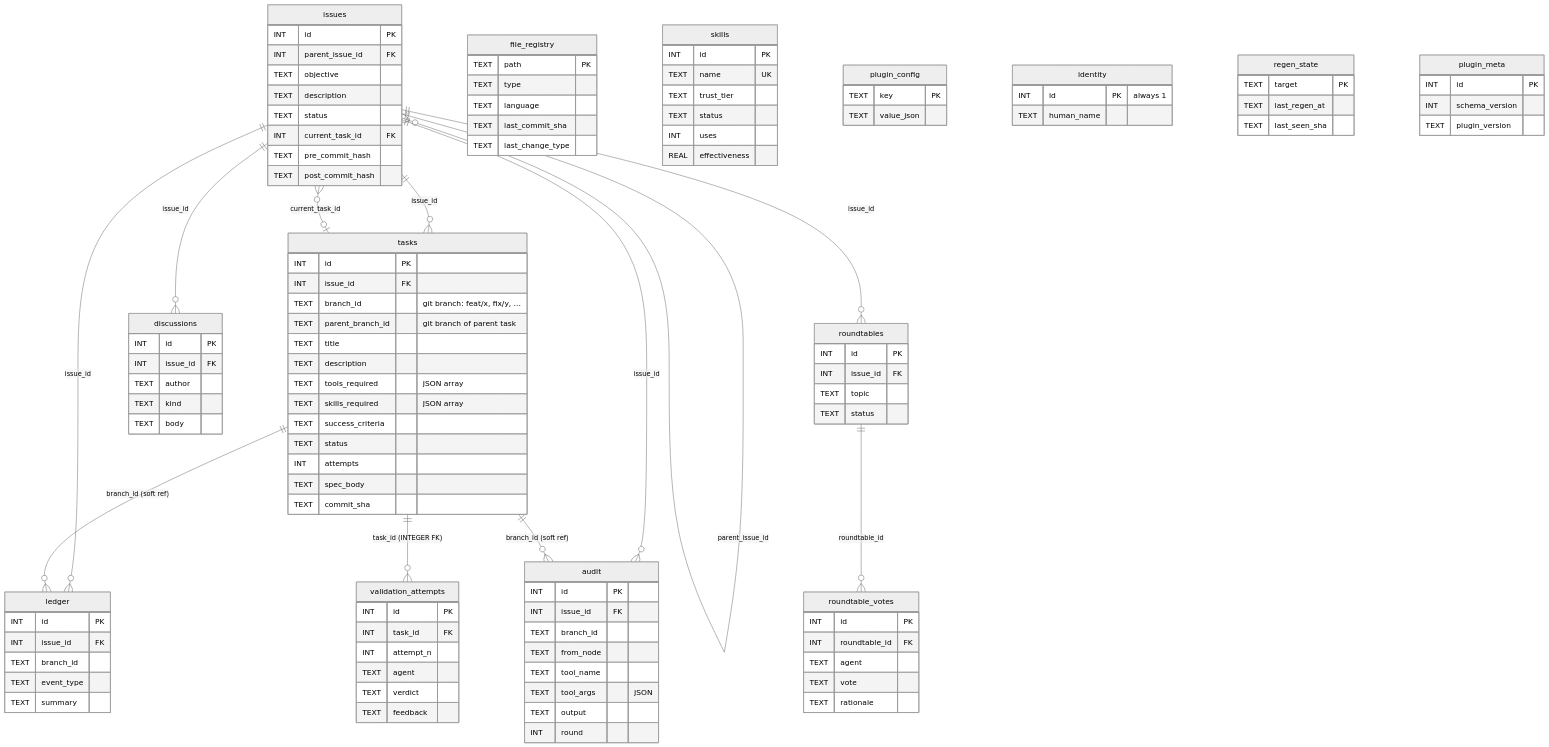
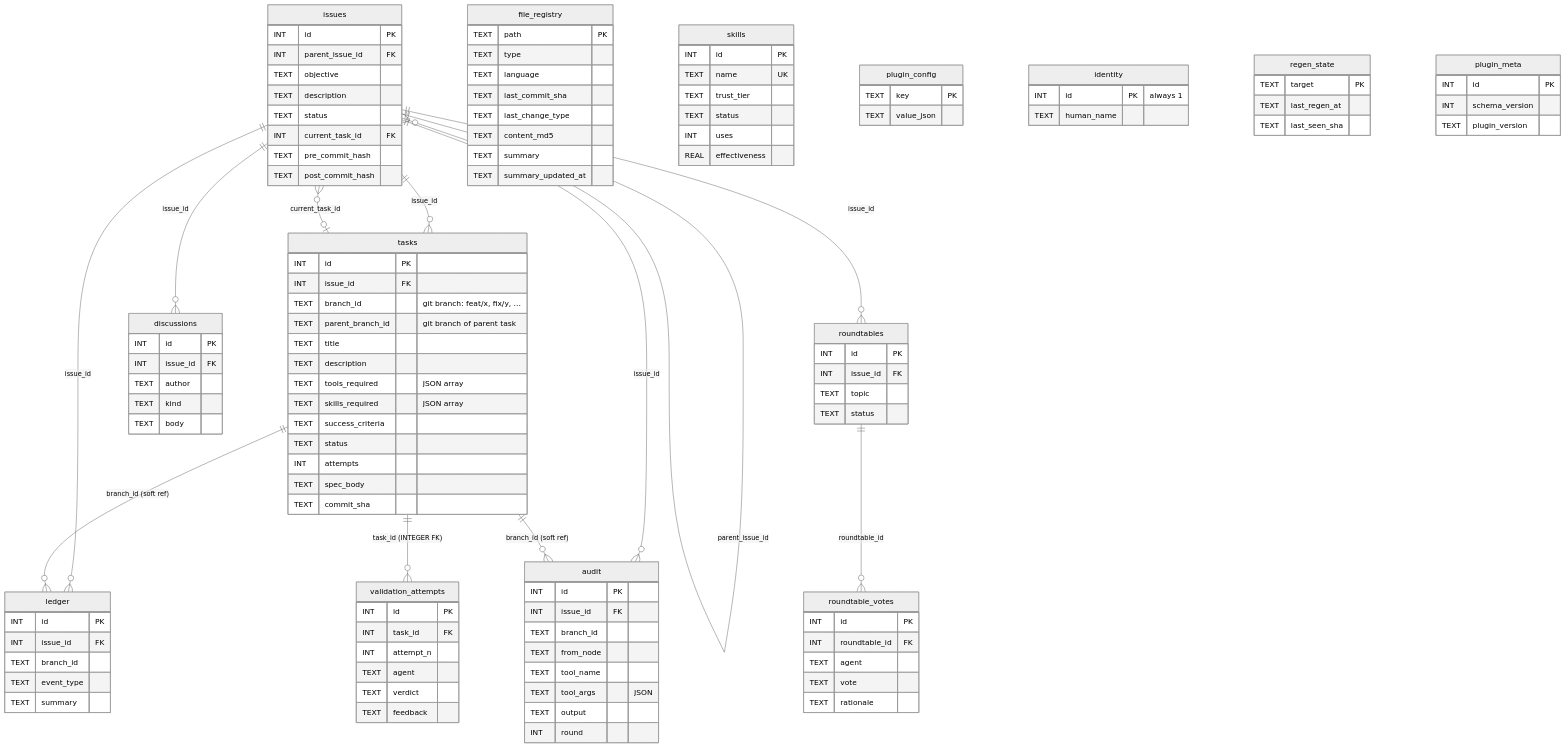
The diagram in docs/architecture/ERD.md (trustmybot/plugin), drawn with Mermaid (neutral theme) before and after one commit. The commit also changed 8 other files, not shown here.

First line of the commit message:
🧠 feat(#45 A): codebase-memory schema — content_md5, summary, summary_updated_at + last_verified_sha

```diff
--- a/docs/architecture/ERD.md
+++ b/docs/architecture/ERD.md
@@ -35,6 +35,9 @@
         TEXT  language
         TEXT  last_commit_sha
         TEXT  last_change_type
+        TEXT  content_md5
+        TEXT  summary
+        TEXT  summary_updated_at
     }
 
     skills {
```
